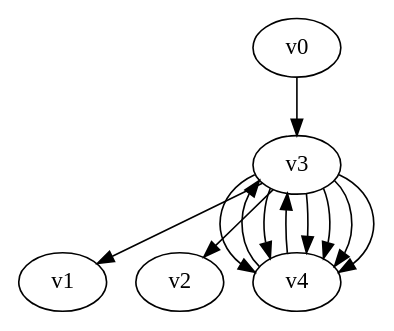
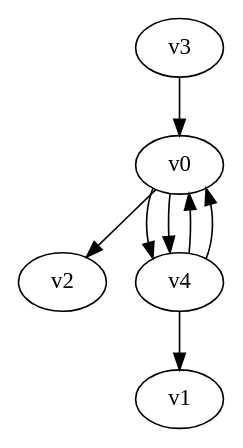
Before and after one commit to yadej/graph_project: the diagram in digraph.dot, drawn with Graphviz. The commit also changed 1 other file, not shown here.

```diff
--- a/digraph.dot
+++ b/digraph.dot
@@ -1,9 +1,9 @@
 digraph G { 
-v0 -> v3;
-v3 -> v1;
-v3 -> v2;
-v3 -> v4 -> v3 -> v4 -> v3 -> v4;
-v3 -> v4;
-v3 -> v4;
-v3 -> v4;
+v0 -> v2;
+v0 -> v4;
+v0 -> v4;
+v3 -> v0;
+v4 -> v0;
+v4 -> v0;
+v4 -> v1;
 }
```
